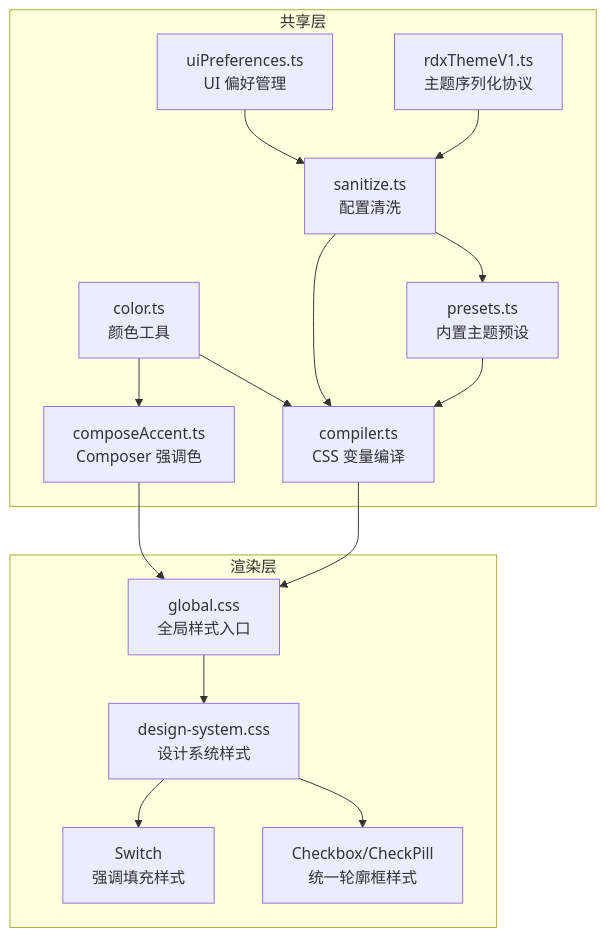
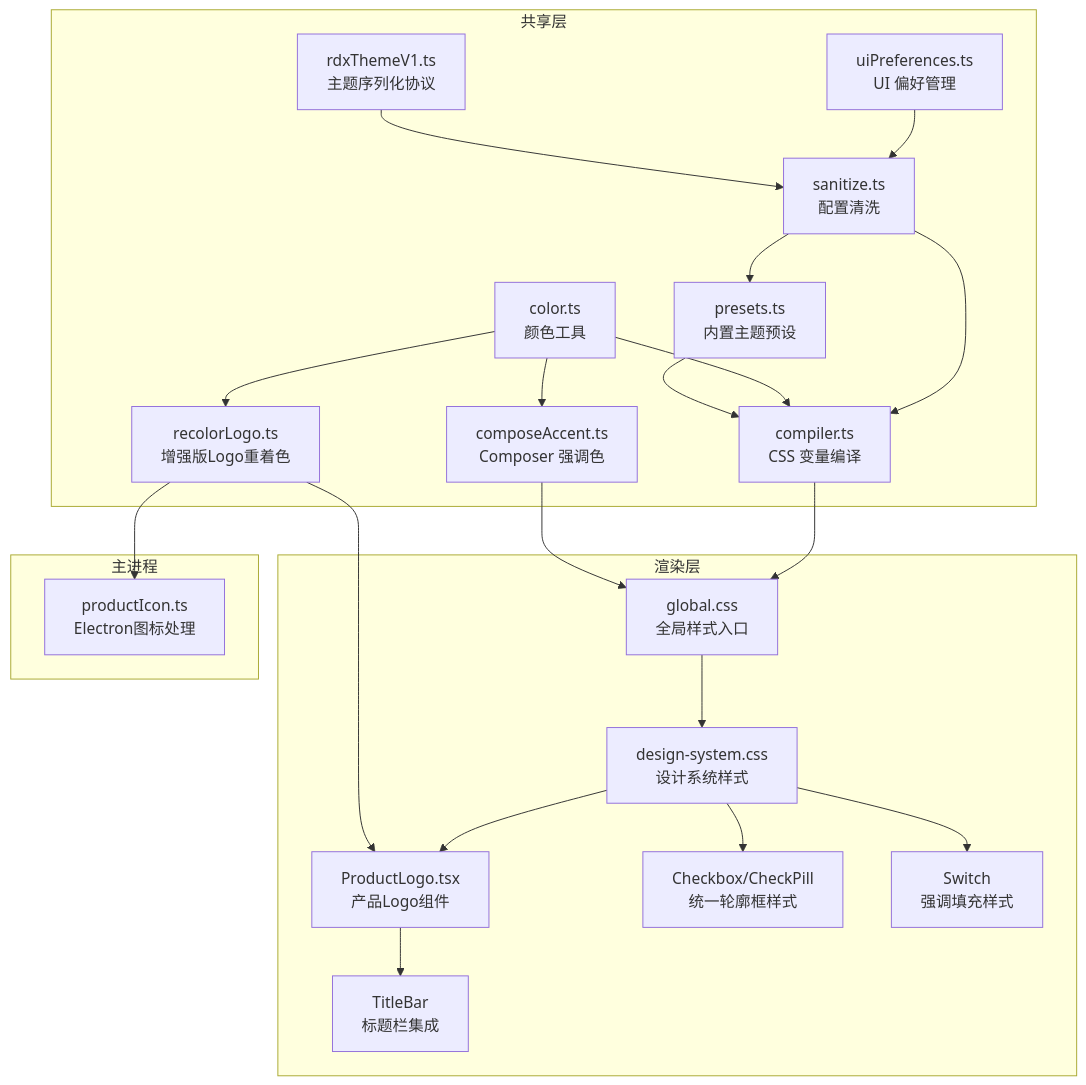
Before and after one commit to haolange/RDC-Agent: the first of 7 diagrams in .qoder/repowiki/zh/content/架构设计/渲染器架构/UI 特性/主题系统.md, drawn with Mermaid. The commit also changed other lines of this file and 80 other files, not shown here.

````diff
--- a/.qoder/repowiki/zh/content/架构设计/渲染器架构/UI 特性/主题系统.md
+++ b/.qoder/repowiki/zh/content/架构设计/渲染器架构/UI 特性/主题系统.md
@@ -70,30 +77,41 @@
 ```mermaid
 graph TB
 subgraph "共享层"
 A["color.ts<br/>颜色工具"]
 B["presets.ts<br/>内置主题预设"]
 C["sanitize.ts<br/>配置清洗"]
 D["compiler.ts<br/>CSS 变量编译"]
 E["composeAccent.ts<br/>Composer 强调色"]
 F["uiPreferences.ts<br/>UI 偏好管理"]
 G["rdxThemeV1.ts<br/>主题序列化协议"]
+H["recolorLogo.ts<br/>增强版Logo重着色"]
 end
 subgraph "渲染层"
-H["global.css<br/>全局样式入口"]
-I["design-system.css<br/>设计系统样式"]
-J["Checkbox/CheckPill<br/>统一轮廓框样式"]
-K["Switch<br/>强调填充样式"]
+I["global.css<br/>全局样式入口"]
+J["design-system.css<br/>设计系统样式"]
+K["ProductLogo.tsx<br/>产品Logo组件"]
+L["Checkbox/CheckPill<br/>统一轮廓框样式"]
+M["Switch<br/>强调填充样式"]
+N["TitleBar<br/>标题栏集成"]
+end
+subgraph "主进程"
+O["productIcon.ts<br/>Electron图标处理"]
 end
 F --> C
 C --> B
 C --> D
-D --> H
-E --> H
+D --> I
+E --> I
 G --> C
 A --> D
 A --> E
+A --> H
 B --> D
-H --> I
 I --> J
-I --> K
+J --> K
+J --> L
+J --> M
+K --> N
+H --> K
+H --> O
 ```
````
